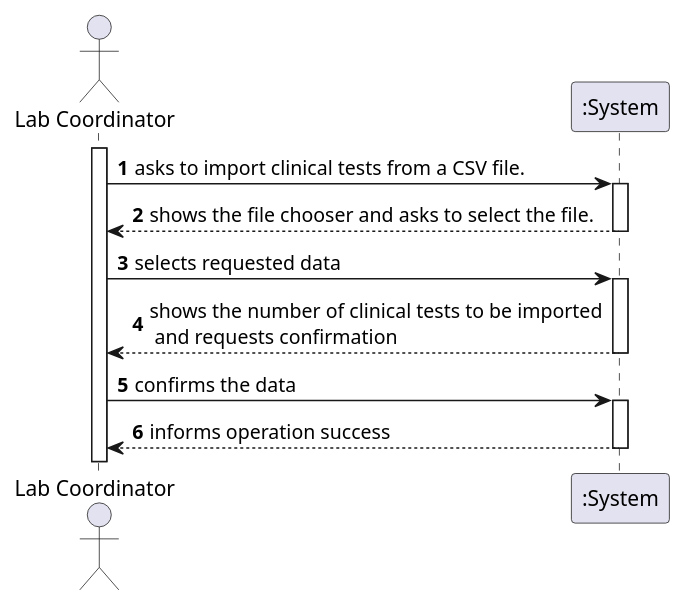
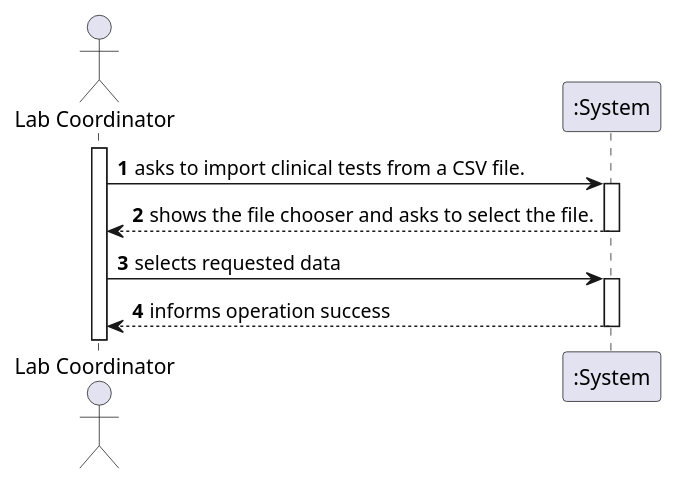
Before and after one commit to ana-albergaria/LAPR2-ISEP: the diagram in docs/SprintD/US_17/US17_SSD.puml, drawn with PlantUML. The commit also changed 12 other files, not shown here.

```diff
--- a/docs/SprintD/US_17/US17_SSD.puml
+++ b/docs/SprintD/US_17/US17_SSD.puml
@@ -1,21 +1,18 @@
 @startuml
 
 autonumber
 actor "Lab Coordinator" as MLT
 
 activate MLT
 MLT -> ":System" :  asks to import clinical tests from a CSV file.
 activate ":System"
 ":System" --> MLT : shows the file chooser and asks to select the file.
 deactivate ":System"
 
 MLT -> ":System" : selects requested data
 activate ":System"
-":System" --> MLT : shows the number of clinical tests to be imported\n and requests confirmation
-deactivate ":System"
-MLT -> ":System" : confirms the data
-activate ":System"
+
 ":System" --> MLT : informs operation success
 deactivate ":System"
 
 @enduml
```
